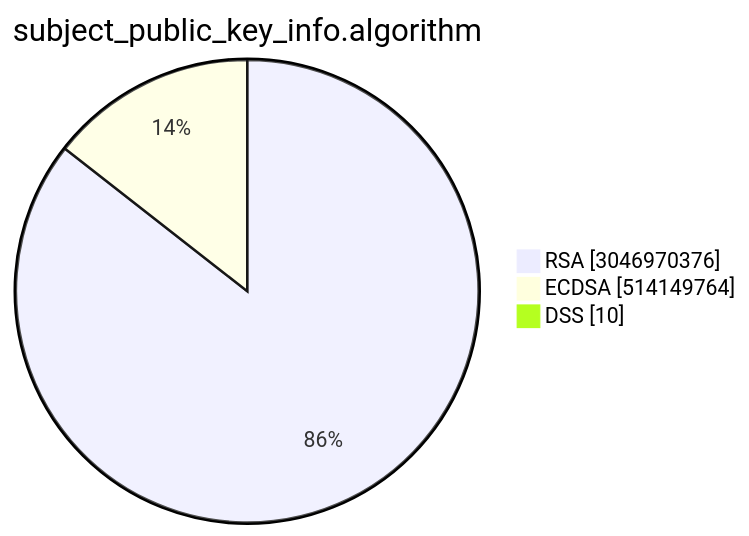
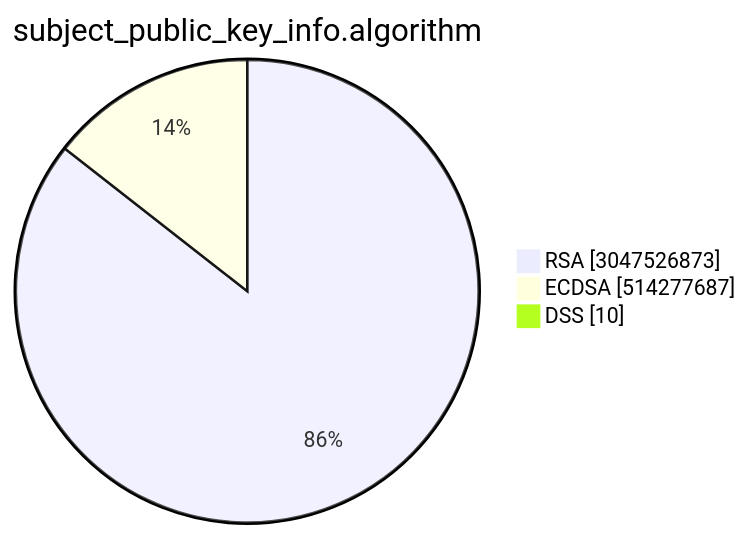
Before and after one commit to christiankrug/ctmonitor_visualization: the second of 15 diagrams in TOTAL/README.md, drawn with Mermaid. The commit also changed other lines of this file, not shown here.

````diff
--- a/TOTAL/README.md
+++ b/TOTAL/README.md
@@ -6,7 +6,7 @@
 ```mermaid
 pie showData
 title subject_public_key_info.algorithm
-"RSA" :3046970376
-"ECDSA" :514149764
+"RSA" :3047526873
+"ECDSA" :514277687
 "DSS" :10
 ```
````
